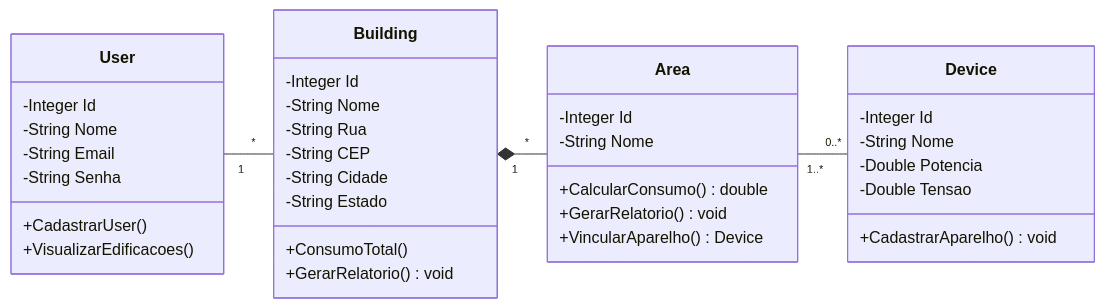
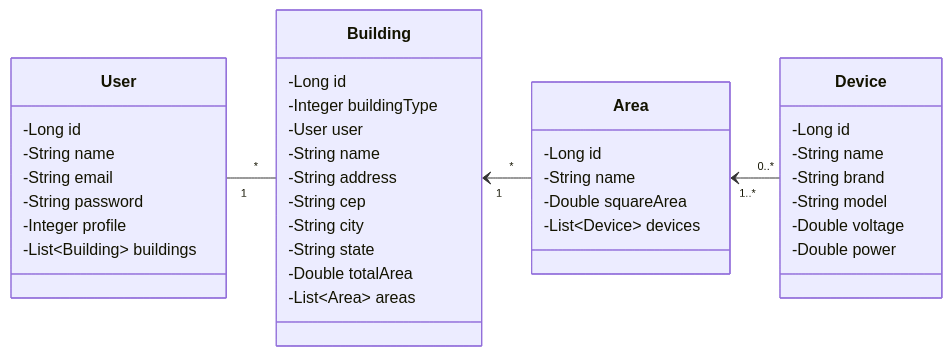
The first of 2 diagrams in README.md (viniciussartini/lumitrack-backend), drawn with Mermaid before and after one commit. The commit also changed other lines of this file, not shown here.

Commit message:
documentation: Atualização da documentação

````diff
--- a/README.md
+++ b/README.md
@@ -83,43 +79,46 @@
 ```mermaid
 classDiagram
 
     direction LR
 
     User "1"-- "*" Building
-    Building "1" *-- "*"Area
-    Area "1..*"-- "0..*" Device
+    Building "1" <-- "*"Area
+    Area "1..*" <-- "0..*" Device
 
     class User {
-        -Integer Id
-        -String Nome
-        -String Email
-        -String Senha
-        +CadastrarUser()
-        +VisualizarEdificacoes()
+        -Long id
+        -String name
+        -String email
+        -String password
+        -Integer profile
+        -List~Building~ buildings
     }
     
     class Building {
-        -Integer Id
-        -String Nome
-        -String Rua
-        -String CEP
-        -String Cidade
-        -String Estado
-        +ConsumoTotal()
-        +GerarRelatorio() void
+        -Long id
+        -Integer buildingType
+        -User user
+        -String name
+        -String address
+        -String cep
+        -String city
+        -String state
+        -Double totalArea
+        -List~Area~ areas
+    }
+    class Area {
+        -Long id
+        -String name
+        -Double squareArea
+        -List~Device~ devices
     }
     class Device {
-        -Integer Id
-        -String Nome
-        -Double Potencia
-        -Double Tensao
-        +CadastrarAparelho()void
+        -Long id
+        -String name
+        -String brand
+        -String model
+        -Double voltage
+        -Double power
     }
-    class Area {
-        -Integer Id
-        -String Nome
-        +CalcularConsumo()double
-        +GerarRelatorio()void
-        +VincularAparelho()Device
-    }
+
 ```
````
